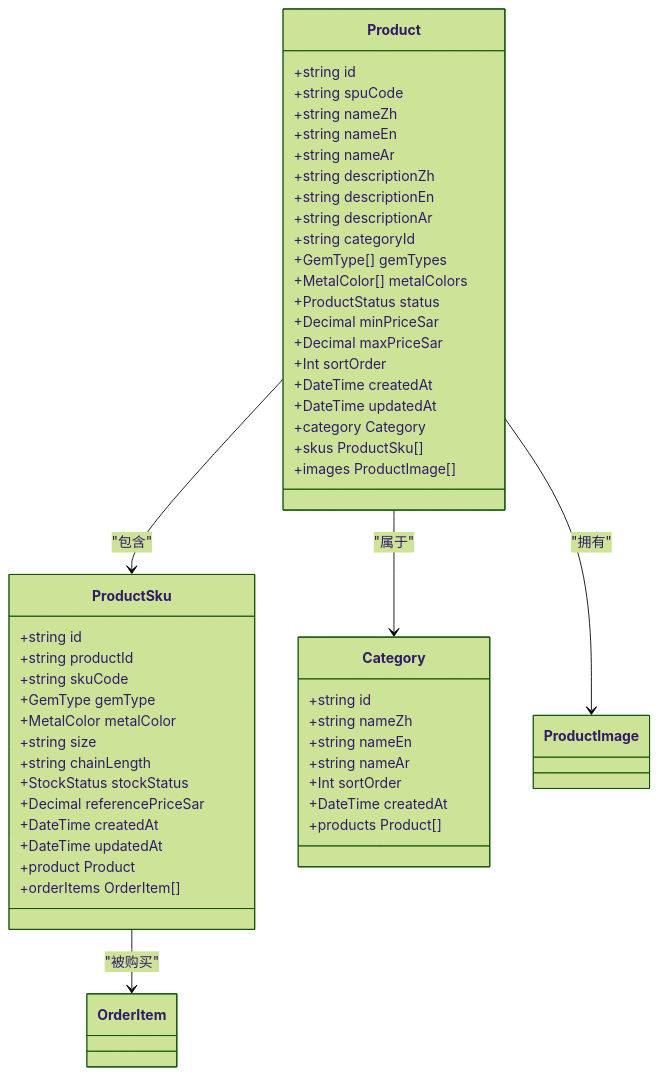
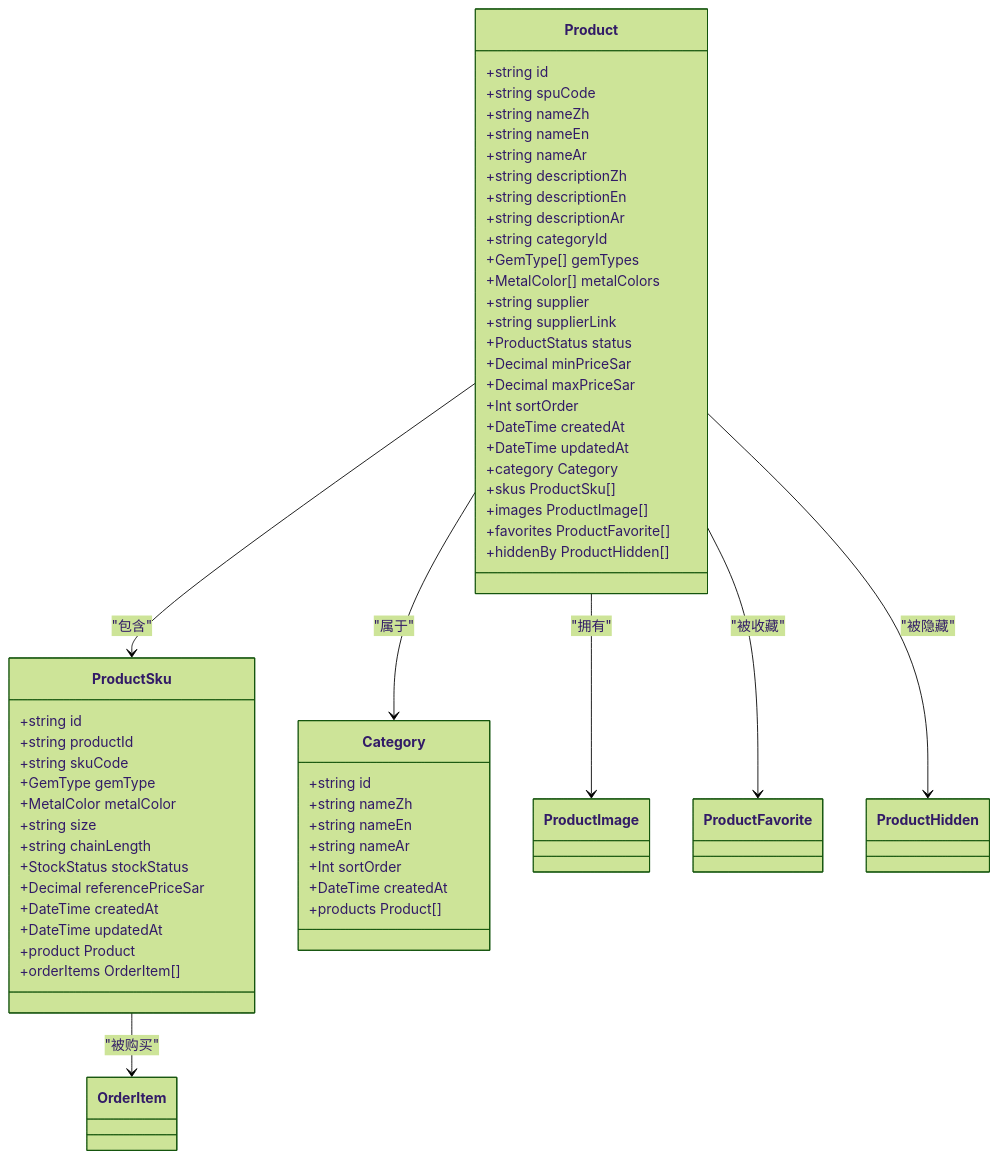
One commit to three3638-arch/celestia_2b changed the fourth of 11 diagrams in .qoder/repowiki/zh/content/架构设计/数据架构设计.md. Above: the diagram before and after it, drawn with Mermaid (forest theme). The commit also changed other lines of this file and 17 other files, not shown here.

````diff
--- a/.qoder/repowiki/zh/content/架构设计/数据架构设计.md
+++ b/.qoder/repowiki/zh/content/架构设计/数据架构设计.md
@@ -271,53 +316,59 @@
 ```mermaid
 classDiagram
 class Product {
 +string id
 +string spuCode
 +string nameZh
 +string nameEn
 +string nameAr
 +string descriptionZh
 +string descriptionEn
 +string descriptionAr
 +string categoryId
 +GemType[] gemTypes
 +MetalColor[] metalColors
++string supplier
++string supplierLink
 +ProductStatus status
 +Decimal minPriceSar
 +Decimal maxPriceSar
 +Int sortOrder
 +DateTime createdAt
 +DateTime updatedAt
 +category Category
 +skus ProductSku[]
 +images ProductImage[]
++favorites ProductFavorite[]
++hiddenBy ProductHidden[]
 }
 class ProductSku {
 +string id
 +string productId
 +string skuCode
 +GemType gemType
 +MetalColor metalColor
 +string size
 +string chainLength
 +StockStatus stockStatus
 +Decimal referencePriceSar
 +DateTime createdAt
 +DateTime updatedAt
 +product Product
 +orderItems OrderItem[]
 }
 class Category {
 +string id
 +string nameZh
 +string nameEn
 +string nameAr
 +Int sortOrder
 +DateTime createdAt
 +products Product[]
 }
 Product --> Category : "属于"
 Product --> ProductSku : "包含"
 Product --> ProductImage : "拥有"
+Product --> ProductFavorite : "被收藏"
+Product --> ProductHidden : "被隐藏"
 ProductSku --> OrderItem : "被购买"
 ```
````
